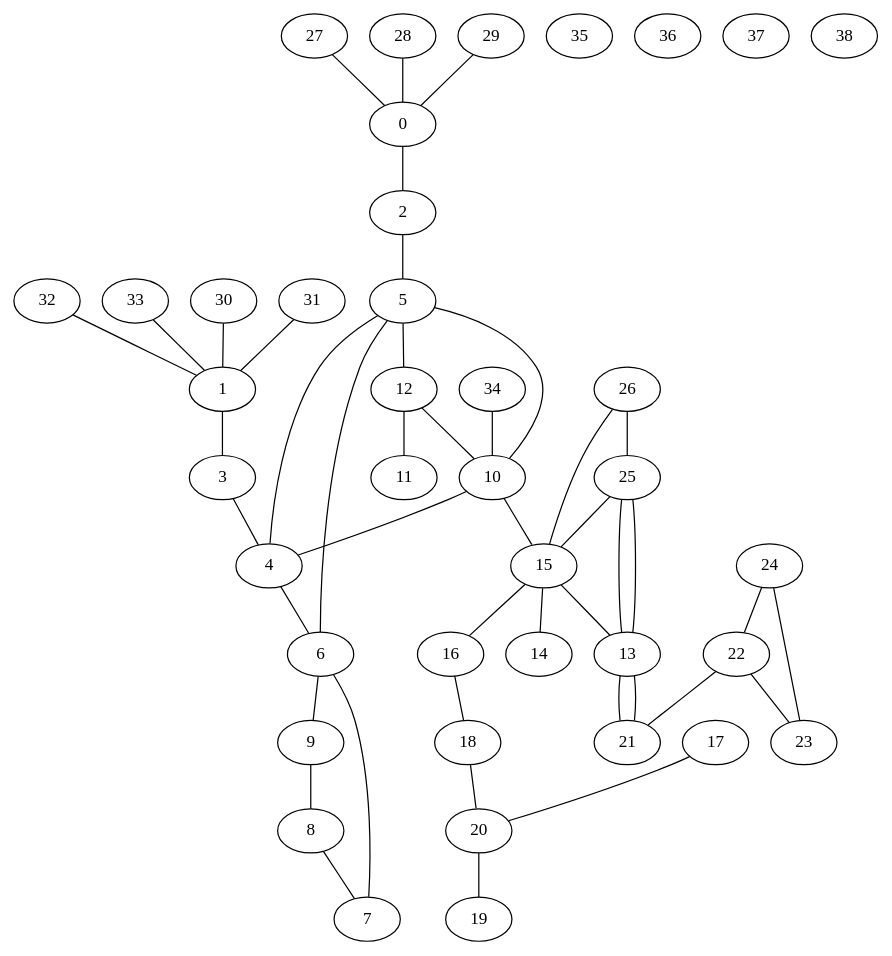
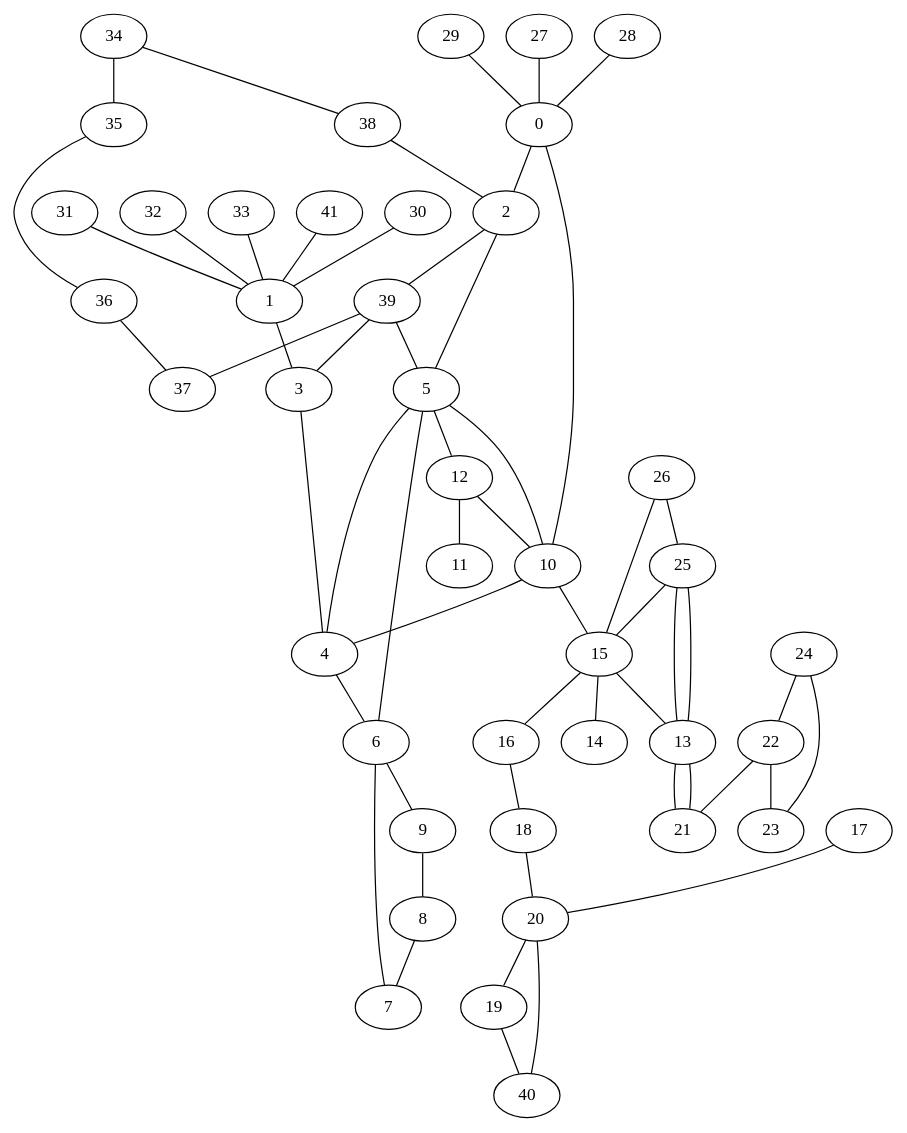
The diagram in se306_project1/test.dot (harrietrc/se306-project1), drawn with Graphviz before and after one commit. The commit also changed 5 other files, not shown here.

```diff
--- a/se306_project1/test.dot
+++ b/se306_project1/test.dot
@@ -1,84 +1,99 @@
 graph G {
 0;
 1;
 2;
 3;
 4;
 5;
 6;
 7;
 8;
 9;
 10;
 11;
 12;
 13;
 14;
 15;
 16;
 17;
 18;
 19;
 20;
 21;
 22;
 23;
 24;
 25;
 26;
 27;
 28;
 29;
 30;
 31;
 32;
 33;
 34;
 35;
 36;
 37;
 38;
+39;
+40;
+41;
 0--2 ;
 1--3 ;
 2--5 ;
 3--4 ;
 5--6 ;
 4--6 ;
 6--9 ;
 9--8 ;
 8--7 ;
 7--6 ;
 4--5 ;
 5--12 ;
 12--11 ;
 12--10 ;
 5--10 ;
 10--15 ;
 15--16 ;
 15--14 ;
 15--13 ;
 16--18 ;
 18--20 ;
 17--20 ;
 20--19 ;
 13--21 ;
 22--23 ;
 24--22 ;
 27--0 ;
 28--0 ;
 29--0 ;
 31--1 ;
 32--1 ;
 33--1 ;
 30--1 ;
 22--21 ;
 25--15 ;
 26--15 ;
 24--23 ;
 10--4 ;
 25--13 ;
 25--13 ;
 26--25 ;
 21--13 ;
-34--10 ;
+0--10 ;
+34--35 ;
+35--36 ;
+36--37 ;
+34--38 ;
+38--2 ;
+2--39 ;
+39--3 ;
+39--5 ;
+39--37 ;
+19--40 ;
+40--20 ;
+41--1 ;
 }
```
